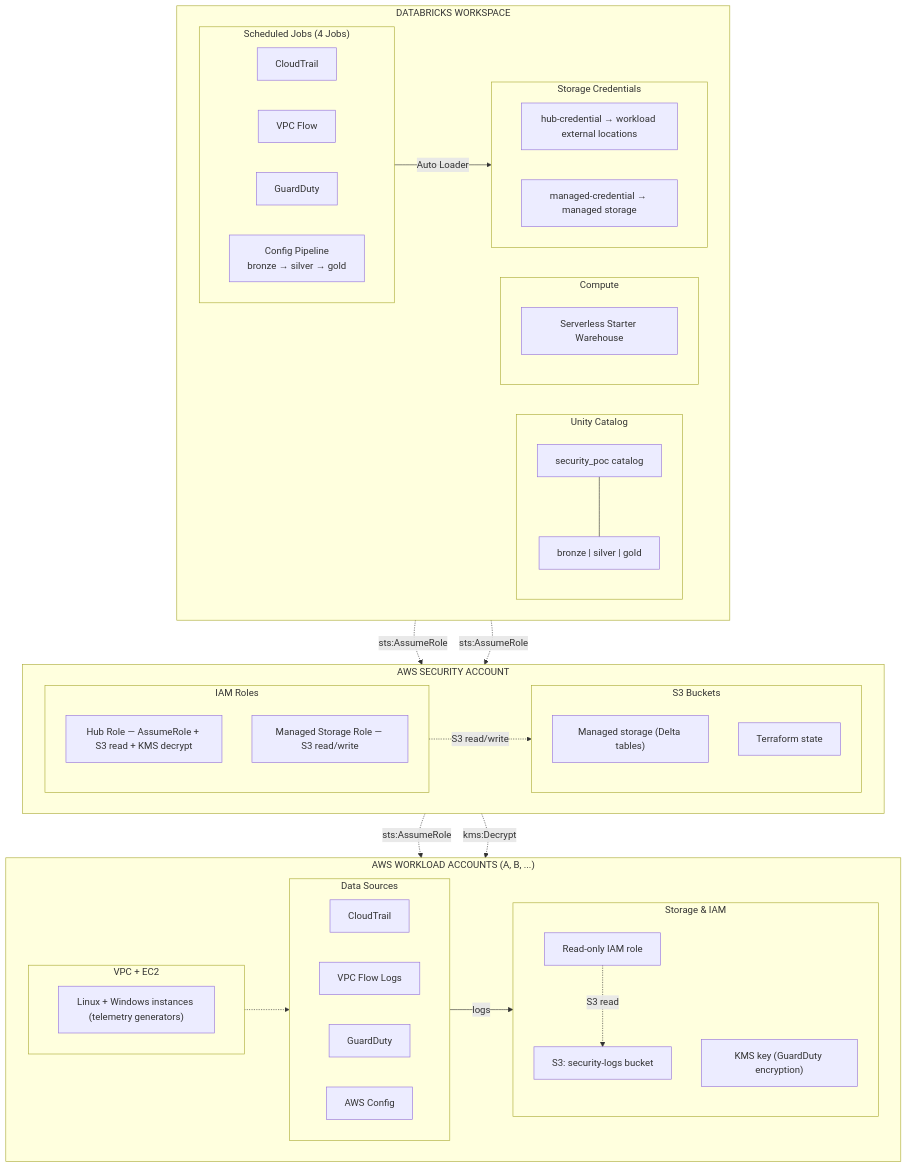
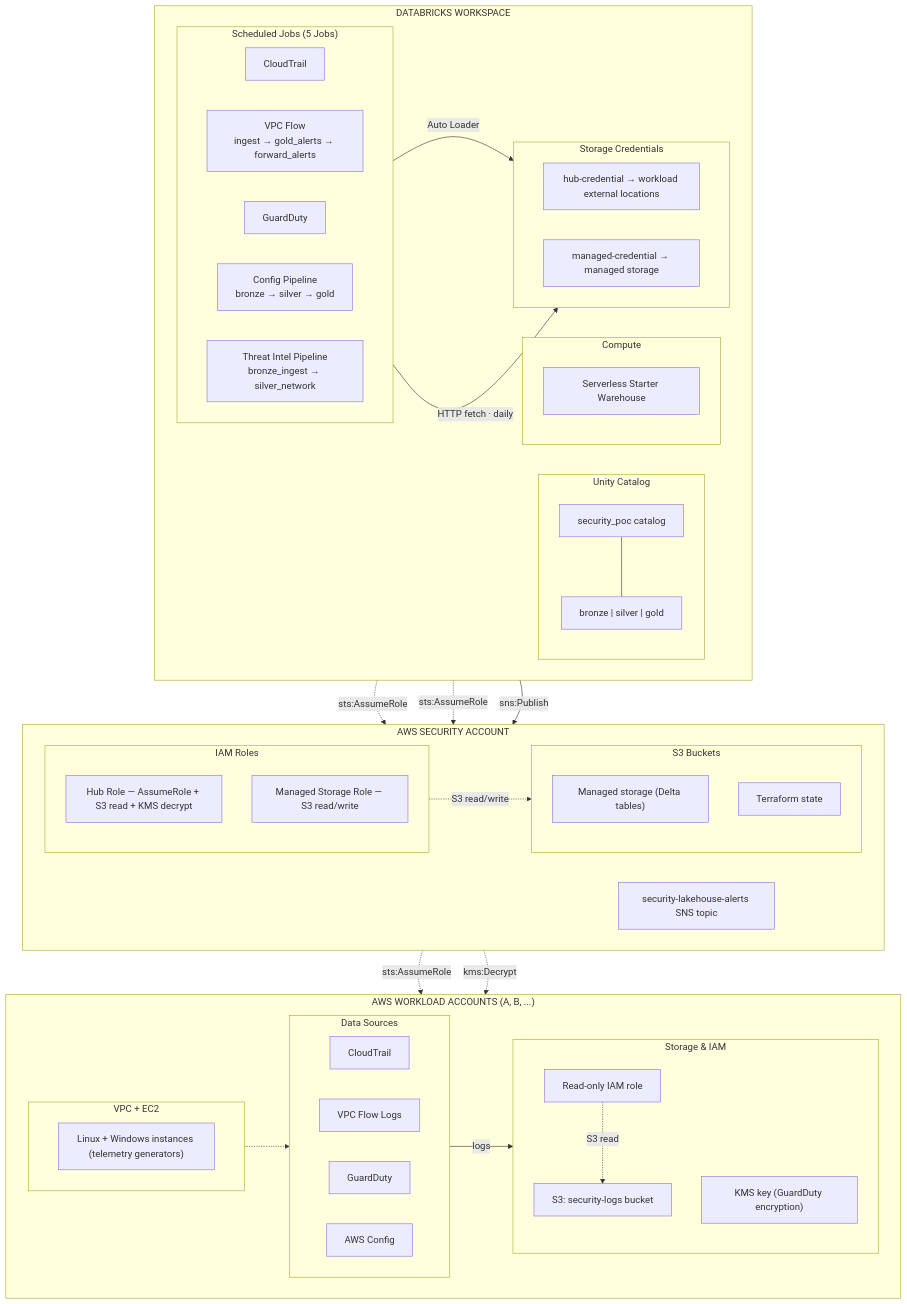
Before and after one commit to snk5125/security-data-platform: the diagram in README.md, drawn with Mermaid. The commit also changed other lines of this file and 68 other files, not shown here.

First line of the commit message:
Restructure to multi-root Terraform architecture

````diff
--- a/README.md
+++ b/README.md
@@ -34,12 +35,13 @@
             DW["Serverless Starter Warehouse"]
         end
 
-        subgraph JOBS ["Scheduled Jobs (4 Jobs)"]
+        subgraph JOBS ["Scheduled Jobs (5 Jobs)"]
             direction LR
             J1["CloudTrail"]
-            J2["VPC Flow"]
+            J2["VPC Flow<br/>ingest → gold_alerts → forward_alerts"]
             J3["GuardDuty"]
             J4["Config Pipeline<br/>bronze → silver → gold"]
+            J5["Threat Intel Pipeline<br/>bronze_ingest → silver_network"]
         end
 
         subgraph CREDS ["Storage Credentials"]
@@ -63,6 +65,8 @@
             MSB["Managed storage (Delta tables)"]
             STB["Terraform state"]
         end
+
+        SNS["security-lakehouse-alerts SNS topic"]
     end
 
     subgraph WK ["AWS WORKLOAD ACCOUNTS (A, B, ...)"]
@@ -98,4 +102,6 @@
     EC2 -.-> DATA
     DATA -->|"logs"| S3W
     JOBS -->|"Auto Loader"| CREDS
+    J5 -->|"HTTP fetch · daily"| CREDS
+    J2 -->|"sns:Publish"| SNS
 ```
````
